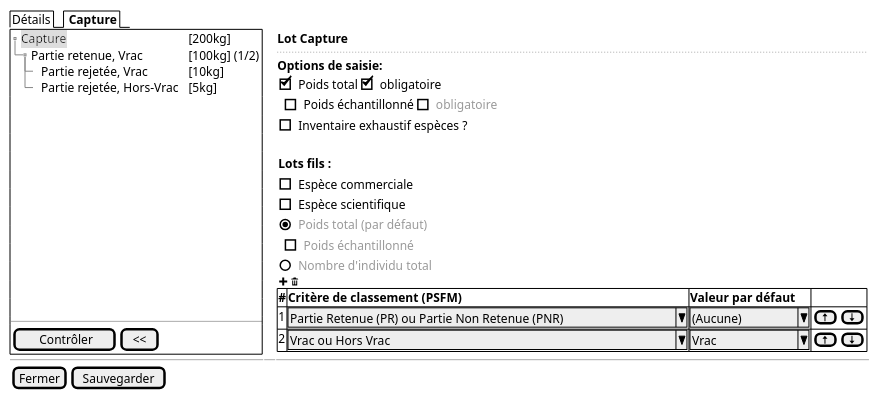
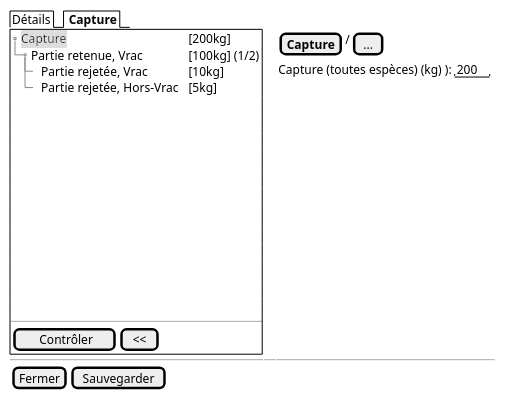
One commit to sumaris-net/sumaris-doc changed the diagram in projects/obsmer/spe/images/batch/batch-tree-control.puml. Above: the diagram before and after it, drawn with PlantUML. The commit also changed 1 other file, not shown here.

```diff
--- a/projects/obsmer/spe/images/batch/batch-tree-control.puml
+++ b/projects/obsmer/spe/images/batch/batch-tree-control.puml
@@ -1,62 +1,38 @@
 @startsalt
 {
   {/ Détails | <b> Capture }
   {+
     {T
          + <back:#DDD>Capture   | [200kg]
          ++ Partie retenue, Vrac| [100kg] (1/2)
          +++ Partie rejetée, Vrac      | [10kg]
          +++ Partie rejetée, Hors-Vrac          | [5kg]
     }
     .
     .
     .
     .
     .
     .
     .
     .
     .
     .
     .
     .
     --
     {
        [<&checkmark> Contrôler] | [ << ]
     }
   } | . | {
-    <b>Lot Capture
-    ..
 
-    <b>Options de saisie:
+   { [<b>Capture] | / | [...]}
 
-    { [X] Poids total | [X] obligatoire }
-    { . |  [ ] Poids échantillonné | [ ] <color:#9a9a9a>obligatoire }
+       {Capture (toutes espèces) (kg) ): | " 200" }
 
-    { [ ] Inventaire exhaustif espèces ? }
-
-    .
-
-    {<b>Lots fils : }
-
-    { [ ] Espèce commerciale }
-
-    { [ ] Espèce scientifique }
-
-    { (X) <color:#9a9a9a>Poids total (par défaut) }
-    { . |  [ ] <color:#9a9a9a>Poids échantillonné }
-
-    { ( ) <color:#9a9a9a>Nombre d'individu total }
-
-    {<&plus> | <&trash> }
-    {#
-      <b># | <b>Critère de classement (PSFM) | <b>Valeur par défaut | .
-      1 | ^Partie Retenue (PR) ou Partie Non Retenue (PNR) ^ | ^(Aucune)     ^ | {[<&arrow-top>] | [<&arrow-bottom>]}
-      2 | ^Vrac ou Hors Vrac                               ^ | ^Vrac         ^ | {[<&arrow-top>] | [<&arrow-bottom>]}
-    }
   }
 
   -- | -- | --
   { [Fermer] | [Sauvegarder] }
 }
 @endsalt
```
